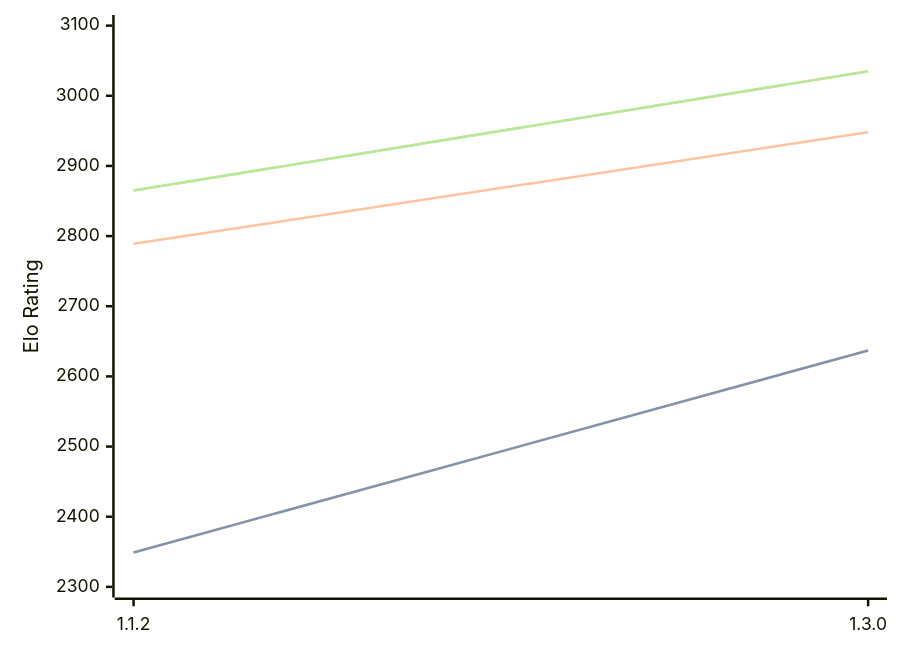
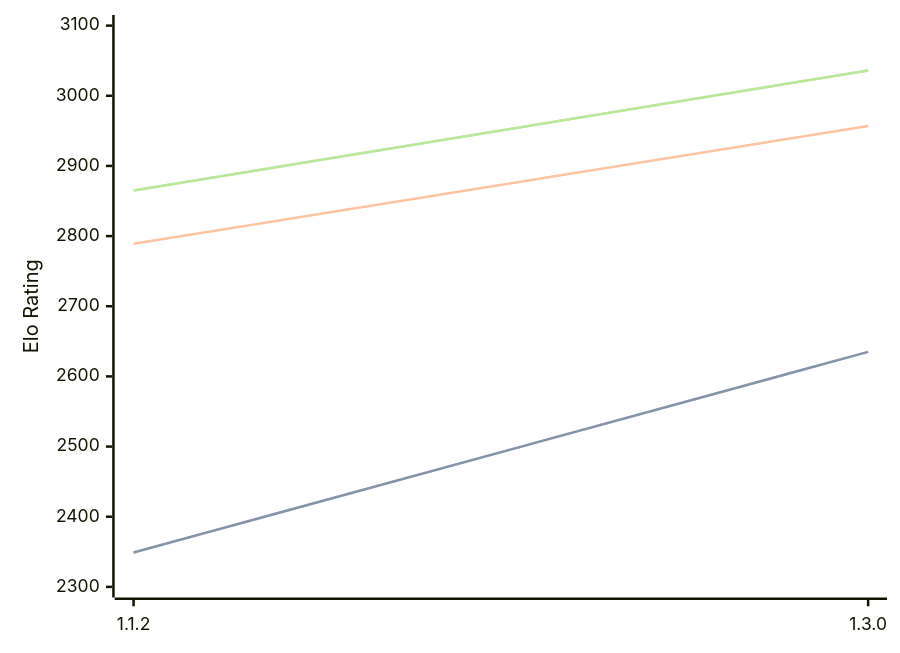
One commit to computer-chess-index/cci changed the diagram in engines/Ember.md. Above: the diagram before and after it, drawn with Mermaid. The commit also changed other lines of this file, not shown here.

Commit message:
Update CCI Ratings (ELO VLTC) - 2026-09-03

````diff
--- a/engines/Ember.md
+++ b/engines/Ember.md
@@ -41,11 +41,11 @@
 ```mermaid
 %%{init: {"theme":"base","themeVariables":{"seriesColors:['#a3a3a3','#222221','#faa371']}}}%%
 xychart-beta
   x-axis ["1.1.2", "1.3.0"]
   y-axis "Elo Rating" 2300 --> 3100
-  line "" [2349, 2637]
-  line "STC (8.0+0.08s)" [2349, 2637]
-  line "LTC (60.0+0.60s)" [2789, 2948]
-  line "" [2865, 3035]
-  line "VLTC (2m24s+1.12s)" [2865, 3035]
+  line "" [2349, 2635]
+  line "STC (8.0+0.08s)" [2349, 2635]
+  line "LTC (60.0+0.60s)" [2789, 2957]
+  line "" [2865, 3036]
+  line "VLTC (2m24s+1.12s)" [2865, 3036]
 ```
````
